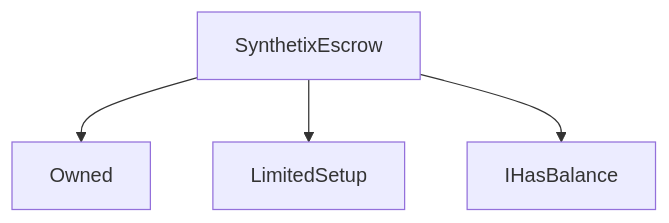
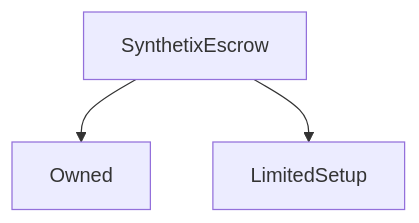
One commit to Synthetixio/synthetix-docs changed the diagram in content/contracts/SynthetixEscrow.md. Above: the diagram before and after it, drawn with Mermaid. The commit also changed 46 other files, not shown here.

````diff
--- a/content/contracts/SynthetixEscrow.md
+++ b/content/contracts/SynthetixEscrow.md
@@ -9,6 +9,5 @@
 ```mermaid
 graph TD
     SynthetixEscrow[SynthetixEscrow] --> Owned[Owned]
     SynthetixEscrow[SynthetixEscrow] --> LimitedSetup[LimitedSetup]
-    SynthetixEscrow[SynthetixEscrow] --> IHasBalance[IHasBalance]
 ```
````
